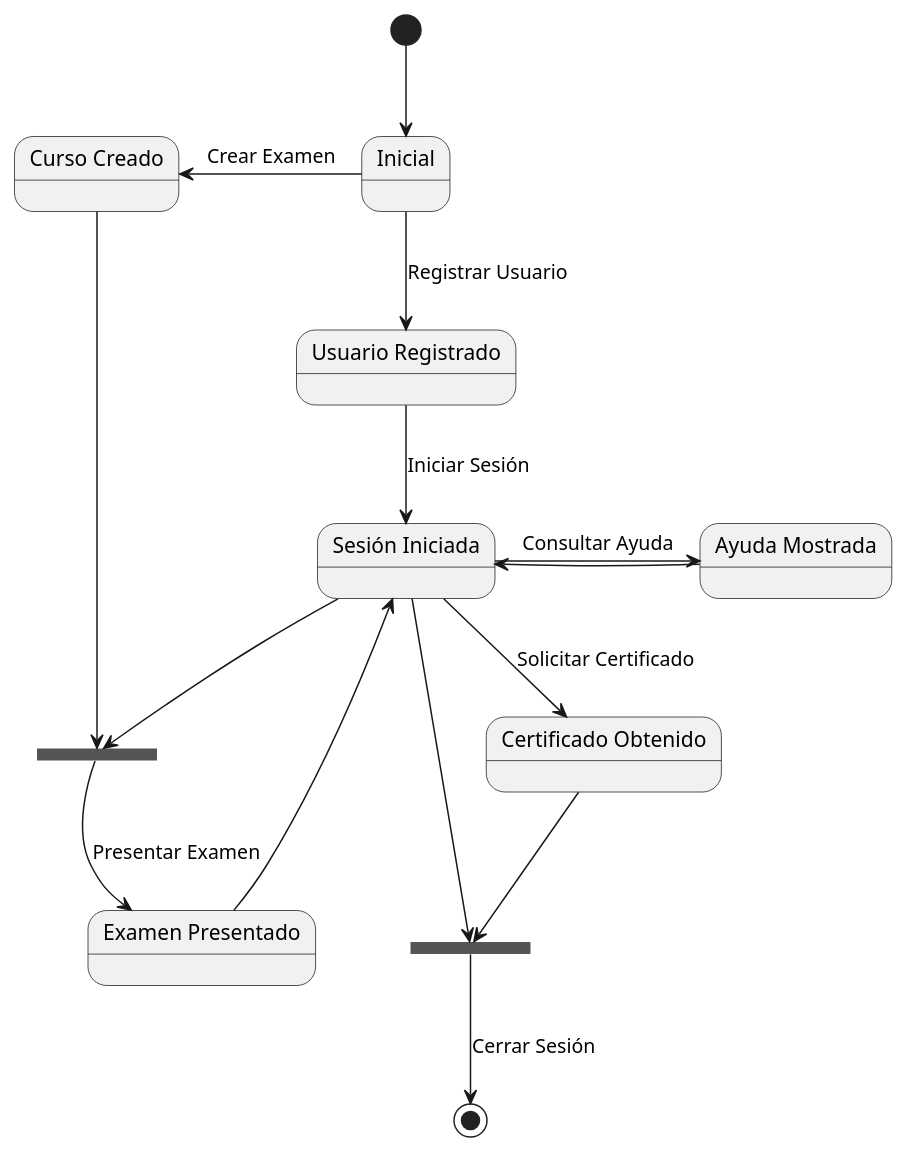
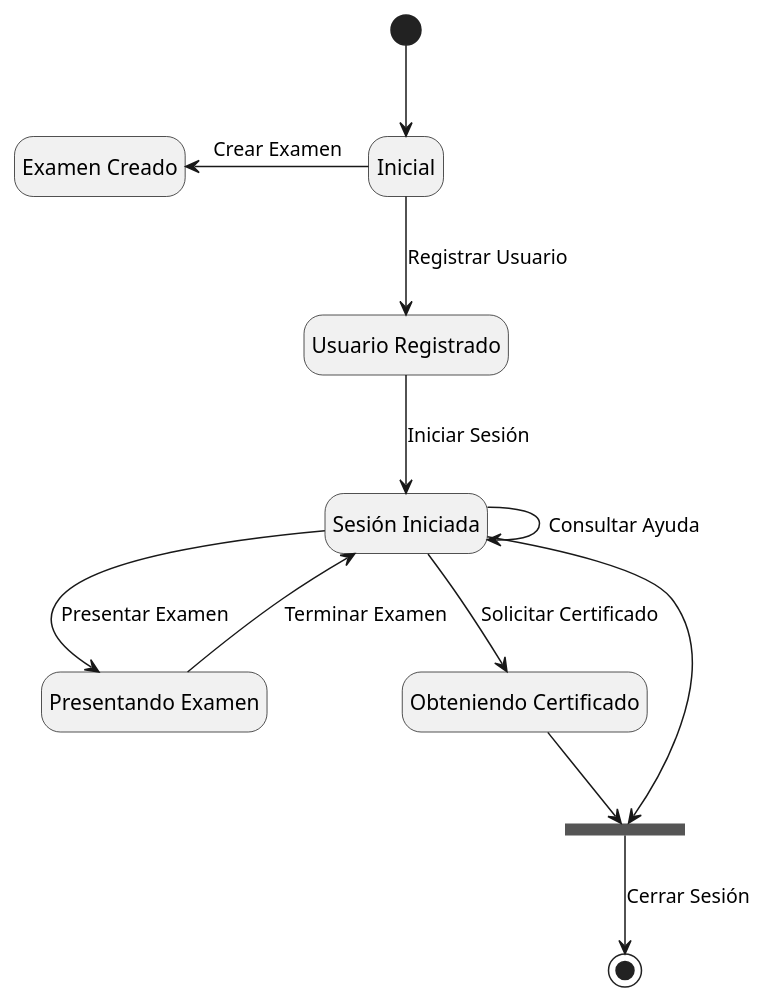
One commit to TheSProyect/Proyecto-IS-Grupo-1 changed the diagram in docs/scenariosView/UseCaseStateDiagram.plantuml. Above: the diagram before and after it, drawn with PlantUML. The commit also changed 4 other files, not shown here.

Commit message:
Cambios diagramas de casos de uso

```diff
--- a/docs/scenariosView/UseCaseStateDiagram.plantuml
+++ b/docs/scenariosView/UseCaseStateDiagram.plantuml
@@ -1,38 +1,32 @@
 @startuml
-
+hide empty description
 
 state "Inicial" as state1
-state "Curso Creado" as state2
+state "Examen Creado" as state2
 state "Usuario Registrado" as state3
 state "Sesión Iniciada" as state4
-state "Ayuda Mostrada" as state5
-state state6 <<join>>
-state "Examen Presentado" as state7
-state "Certificado Obtenido" as state8
+state "Presentando Examen" as state7
+state "Obteniendo Certificado" as state8
 state state9 <<join>>
 
 [*] --> state1
 
 state1 -l-> state2 : Crear Examen
 
 state1 --> state3 : Registrar Usuario
 
 state3 --> state4 : Iniciar Sesión
 
-state4 -r-> state5 : Consultar Ayuda
-state5 -r-> state4
+state4 --> state4 : Consultar Ayuda
 
-state4 --> state6
-state2 --> state6
-
-state6 --> state7 : Presentar Examen
-state7 --> state4
+state4 --> state7 : Presentar Examen
+state7 --> state4 : Terminar Examen 
 
 state4 --> state8 : Solicitar Certificado
 
 state4 --> state9
 state8 --> state9
 
 state9 --> [*] : Cerrar Sesión
 
 @enduml
```
